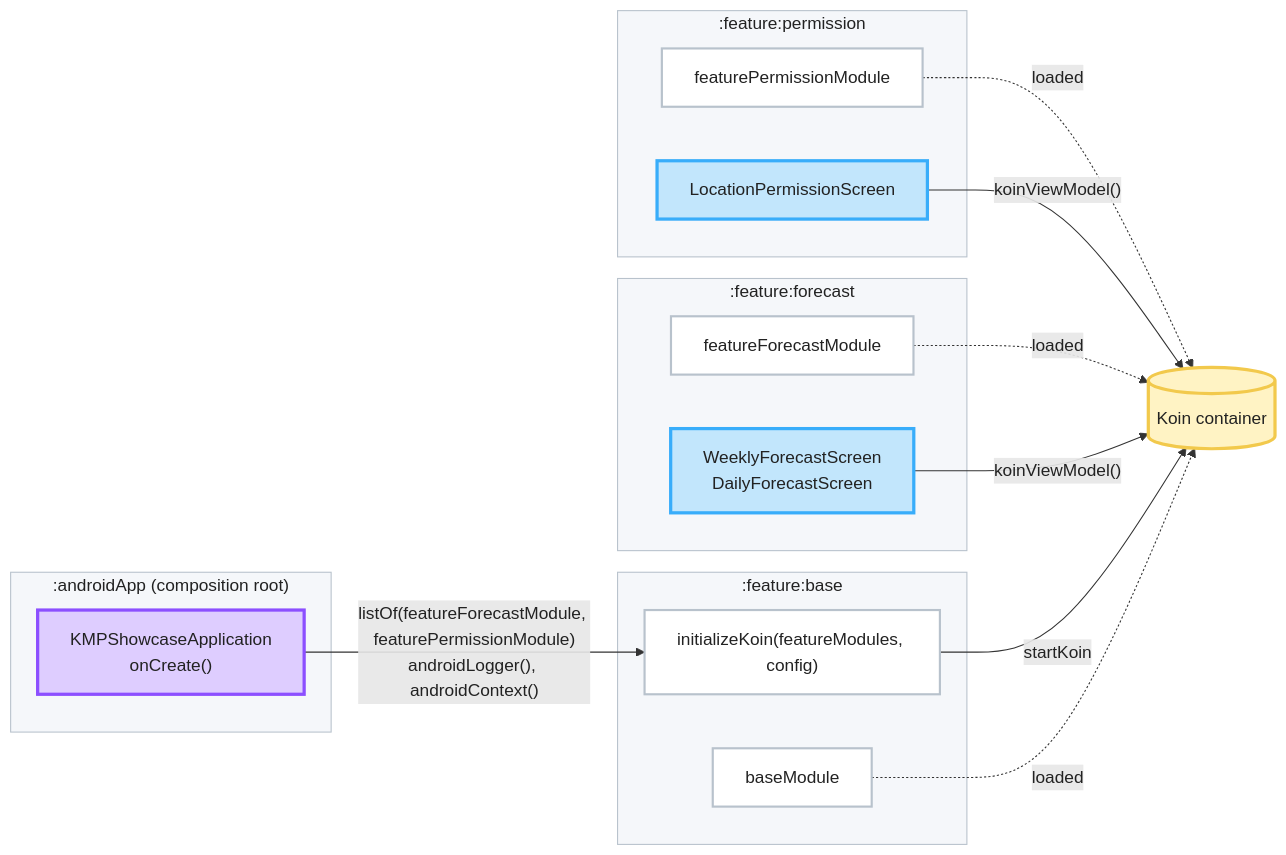
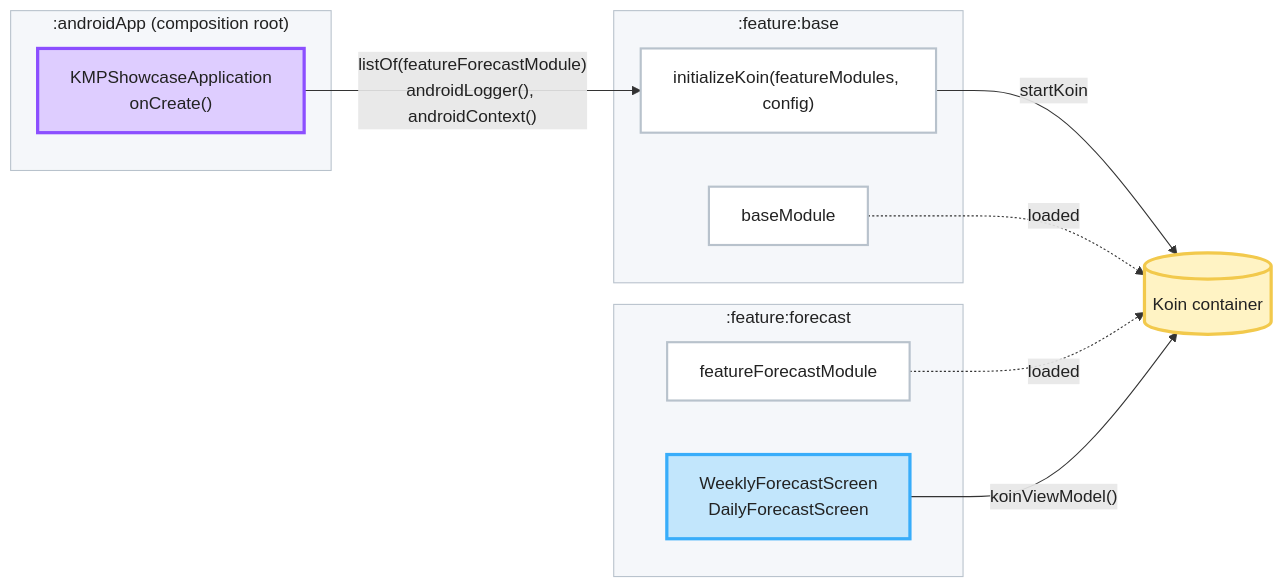
The second of 3 diagrams in README.md (igorwojda/kmp-showcase), drawn with Mermaid before and after one commit. The commit also changed other lines of this file and 34 other files, not shown here.

````diff
--- a/README.md
+++ b/README.md
@@ -228,46 +228,38 @@
 ```mermaid
 flowchart LR
     subgraph androidApp[":androidApp (composition root)"]
         application["KMPShowcaseApplication<br/>onCreate()"]
     end
 
     subgraph base[":feature:base"]
         initializeKoin["initializeKoin(featureModules, config)"]
         baseModule["baseModule"]
     end
 
     subgraph forecast[":feature:forecast"]
         featureForecastModule["featureForecastModule"]
         screens["WeeklyForecastScreen<br/>DailyForecastScreen"]
     end
 
-    subgraph permission[":feature:permission"]
-        featurePermissionModule["featurePermissionModule"]
-        permissionScreen["LocationPermissionScreen"]
-    end
-
     koin[("Koin container")]
 
-    application -- "listOf(featureForecastModule, featurePermissionModule)<br/>androidLogger(), androidContext()" --> initializeKoin
+    application -- "listOf(featureForecastModule)<br/>androidLogger(), androidContext()" --> initializeKoin
     initializeKoin -- "startKoin" --> koin
     baseModule -. "loaded" .-> koin
     featureForecastModule -. "loaded" .-> koin
-    featurePermissionModule -. "loaded" .-> koin
     screens -- "koinViewModel()" --> koin
-    permissionScreen -- "koinViewModel()" --> koin
 
     classDef root fill:#DECDFF,stroke:#8C4FFF,stroke-width:3px,color:#222222;
     classDef ui fill:#C2E6FC,stroke:#38ADFA,stroke-width:3px,color:#222222;
     classDef code fill:#FFFFFF,stroke:#B8C2CC,stroke-width:2px,color:#222222;
     classDef container fill:#FFF3C4,stroke:#F2C94C,stroke-width:3px,color:#222222;
 
     class application root;
-    class screens,permissionScreen ui;
-    class initializeKoin,baseModule,featureForecastModule,featurePermissionModule code;
+    class screens ui;
+    class initializeKoin,baseModule,featureForecastModule code;
     class koin container;
 
     style androidApp fill:#F5F7FA,stroke:#B8C2CC,color:#222222;
     style base fill:#F5F7FA,stroke:#B8C2CC,color:#222222;
     style forecast fill:#F5F7FA,stroke:#B8C2CC,color:#222222;
-    style permission fill:#F5F7FA,stroke:#B8C2CC,color:#222222;
 ```
````
